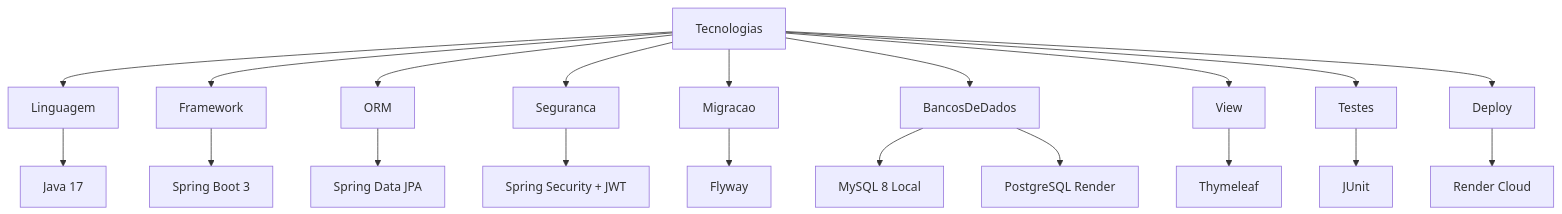
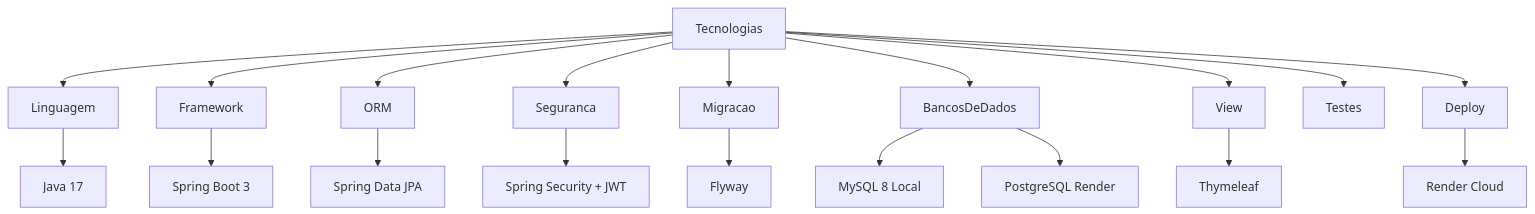
Before and after one commit to giovannarevitoroz/Sprint03-Mottu-Motion-Java-Adavanced: the third of 3 diagrams in README.md, drawn with Mermaid. The commit also changed other lines of this file, not shown here.

````diff
--- a/README.md
+++ b/README.md
@@ -222,24 +222,23 @@
 ```mermaid
 graph TD
     Tecnologias --> Linguagem
     Tecnologias --> Framework
     Tecnologias --> ORM
     Tecnologias --> Seguranca
     Tecnologias --> Migracao
     Tecnologias --> BancosDeDados
     Tecnologias --> View
     Tecnologias --> Testes
     Tecnologias --> Deploy
 
     Linguagem --> Java17[Java 17]
     Framework --> SpringBoot3[Spring Boot 3]
     ORM --> SpringDataJPA[Spring Data JPA]
     Seguranca --> SpringSecurityJWT[Spring Security + JWT]
     Migracao --> Flyway[Flyway]
     BancosDeDados --> MySQL8[MySQL 8 Local]
     BancosDeDados --> PostgreSQL[PostgreSQL Render]
     View --> Thymeleaf[Thymeleaf]
-    Testes --> JUnit[JUnit]
     Deploy --> RenderCloud[Render Cloud]
 
 ```
````
